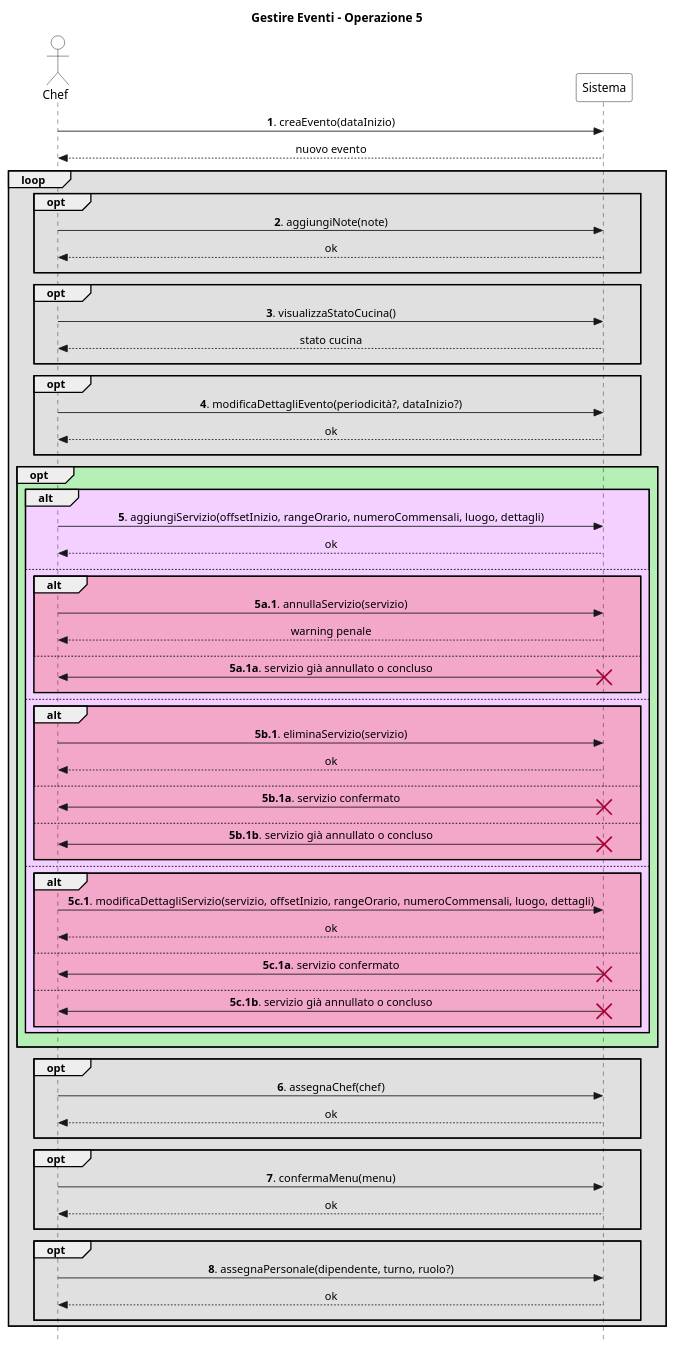
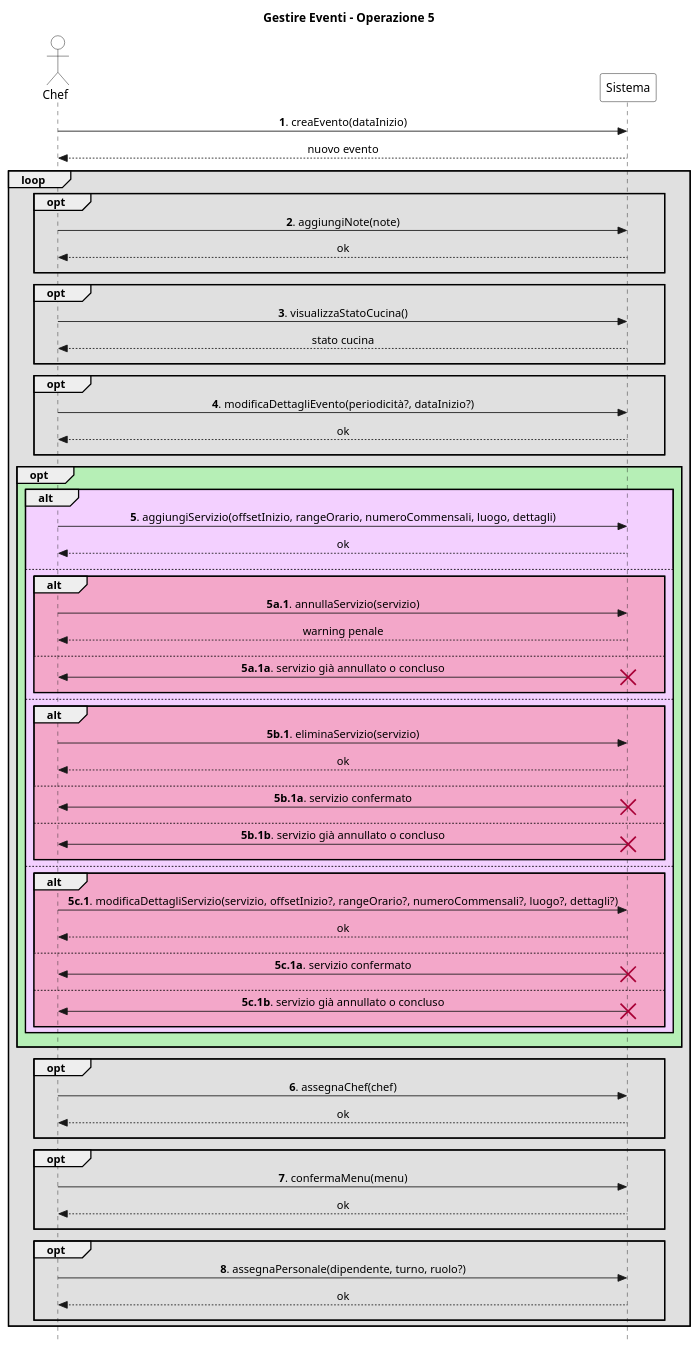
The diagram in UP/Requisiti/UC Gestire Eventi/SSD/Estensioni-Eccezioni Op5.puml (stefa168/sas-project), drawn with PlantUML before and after one commit.

Commit message:
Aggiunte opzionalità per i parametri

```diff
--- a/UP/Requisiti/UC Gestire Eventi/SSD/Estensioni-Eccezioni Op5.puml
+++ b/UP/Requisiti/UC Gestire Eventi/SSD/Estensioni-Eccezioni Op5.puml
@@ -1,104 +1,104 @@
 @startuml
 skinparam Style strictuml
 skinparam SequenceMessageAlign center
 
 skinparam sequence {
     ActorBorderColor Black
     ActorBackgroundColor White
     ParticipantBorderColor Black
     ParticipantBackgroundColor White
 }
 
 actor Chef
 participant Sistema
 
 title Gestire Eventi - Operazione 5
 
 Chef -> Sistema: **1**. creaEvento(dataInizio)
 return nuovo evento
 
 loop #e0e0e0
     opt #e0e0e0
         Chef -> Sistema: **2**. aggiungiNote(note)
         return ok
         ||10||
     end
 
     opt #e0e0e0
         Chef -> Sistema: **3**. visualizzaStatoCucina()
         return stato cucina
         ||10||
     end
 
     opt #e0e0e0
         Chef -> Sistema: **4**. modificaDettagliEvento(periodicità?, dataInizio?)
         return ok
         ||10||
     end
 
     opt #b6efb6
         alt #f3d0ff
             Chef -> Sistema: **5**. aggiungiServizio(offsetInizio, rangeOrario, numeroCommensali, luogo, dettagli)
             return ok
             ||10||
         else
             alt #f3a7c9
                 Chef -> Sistema: **5a.1**. annullaServizio(servizio)
                 return warning penale
                 ||10||
             else
                 Chef <- Sistema: **5a.1a**. servizio già annullato o concluso
                 destroy Sistema
                 ||10||
             end
         else
             alt #f3a7c9
                 Chef -> Sistema: **5b.1**. eliminaServizio(servizio)
                 return ok
                 ||10||
             else
                 Chef <- Sistema: **5b.1a**. servizio confermato
                 destroy Sistema
                 ||10||
             else
                 Chef <- Sistema: **5b.1b**. servizio già annullato o concluso
                 destroy Sistema
                 ||10||
             end
         else
             alt #f3a7c9
-                Chef -> Sistema: **5c.1**. modificaDettagliServizio(servizio, offsetInizio, rangeOrario, numeroCommensali, luogo, dettagli)
+                Chef -> Sistema: **5c.1**. modificaDettagliServizio(servizio, offsetInizio?, rangeOrario?, numeroCommensali?, luogo?, dettagli?)
                 return ok
                 ||10||
             else
                 Chef <- Sistema: **5c.1a**. servizio confermato
                 destroy Sistema
                 ||10||
             else
                 Chef <- Sistema: **5c.1b**. servizio già annullato o concluso
                 destroy Sistema
                 ||10||
             end
         end
         ||10||
     end
 
     opt #e0e0e0
         Chef -> Sistema: **6**. assegnaChef(chef)
         return ok
         ||10||
     end
 
     opt #e0e0e0
         Chef -> Sistema: **7**. confermaMenu(menu)
         return ok
         ||10||
     end
 
     opt #e0e0e0
         Chef -> Sistema: **8**. assegnaPersonale(dipendente, turno, ruolo?)
         return ok
         ||10||
     end
 end
 @enduml
```
